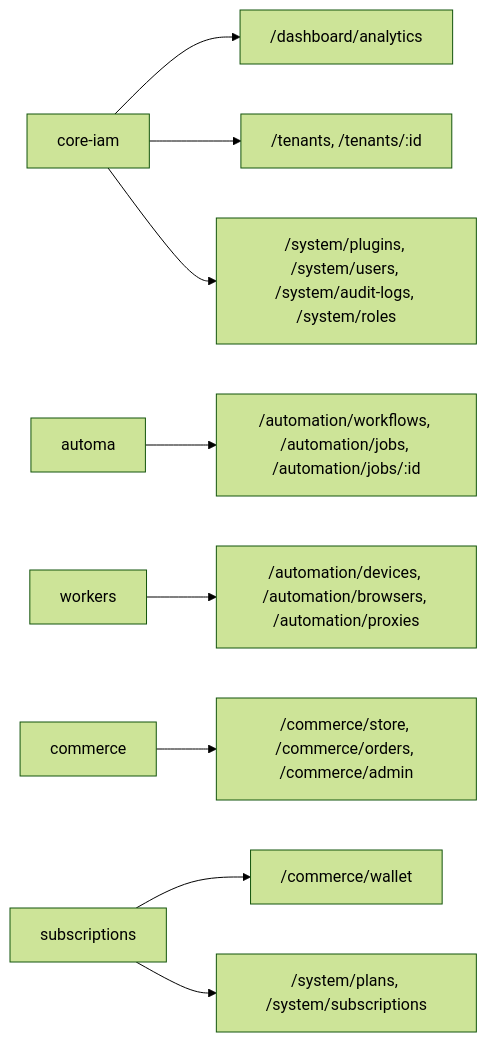
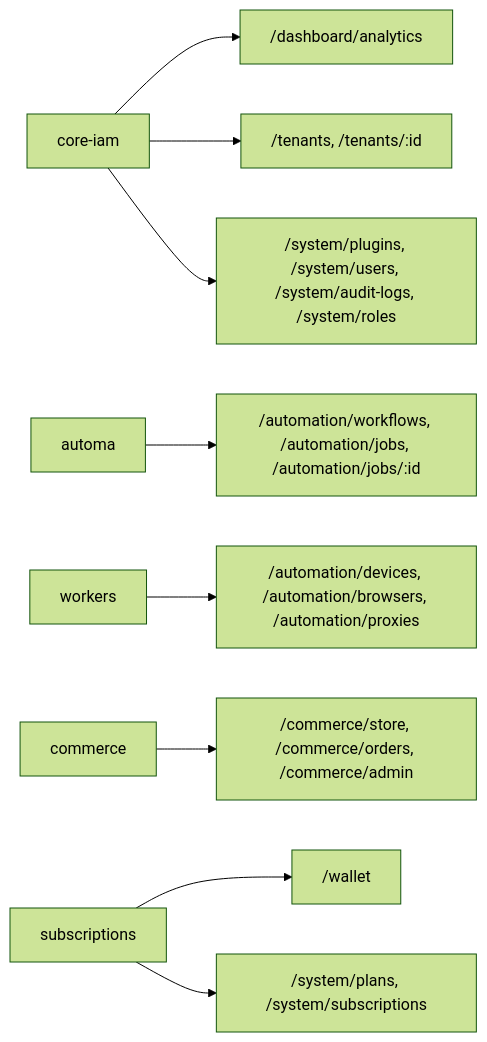
Before and after one commit to tuquet/docs: the second of 2 diagrams in en/admin/architecture/overview.md, drawn with Mermaid (forest theme). The commit also changed other lines of this file and 11 other files, not shown here.

````diff
--- a/en/admin/architecture/overview.md
+++ b/en/admin/architecture/overview.md
@@ -116,11 +116,11 @@
 ```mermaid
 graph LR
     CoreIAM["core-iam"] --> D["/dashboard/analytics"]
     CoreIAM --> T["/tenants, /tenants/:id"]
     CoreIAM --> S1["/system/plugins, /system/users, /system/audit-logs, /system/roles"]
     Automa["automa"] --> A1["/automation/workflows, /automation/jobs, /automation/jobs/:id"]
     Workers["workers"] --> A2["/automation/devices, /automation/browsers, /automation/proxies"]
     Commerce["commerce"] --> C1["/commerce/store, /commerce/orders, /commerce/admin"]
-    Subs["subscriptions"] --> C2["/commerce/wallet"]
+    Subs["subscriptions"] --> C2["/wallet"]
     Subs --> S2["/system/plans, /system/subscriptions"]
 ```
````
